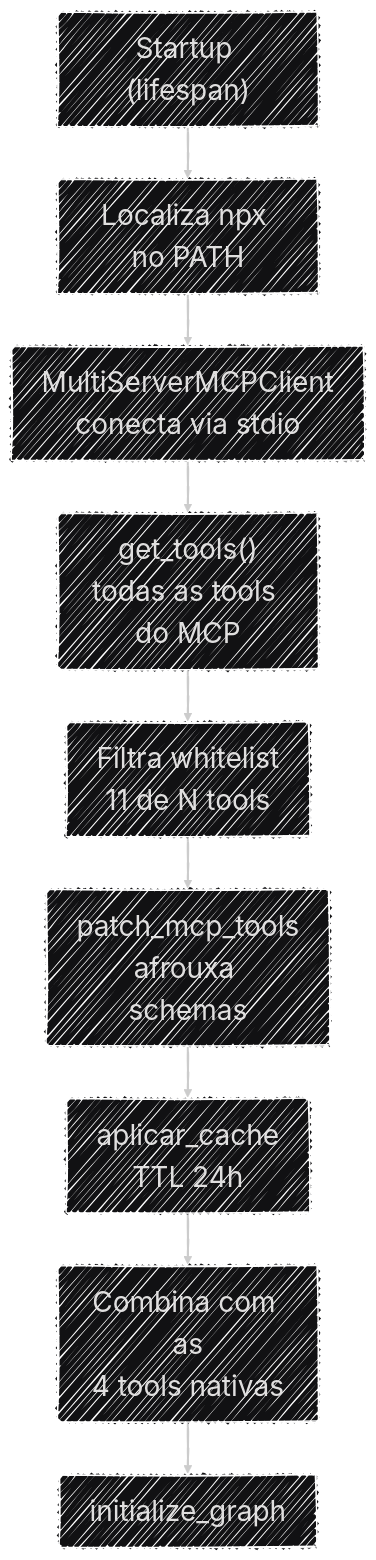
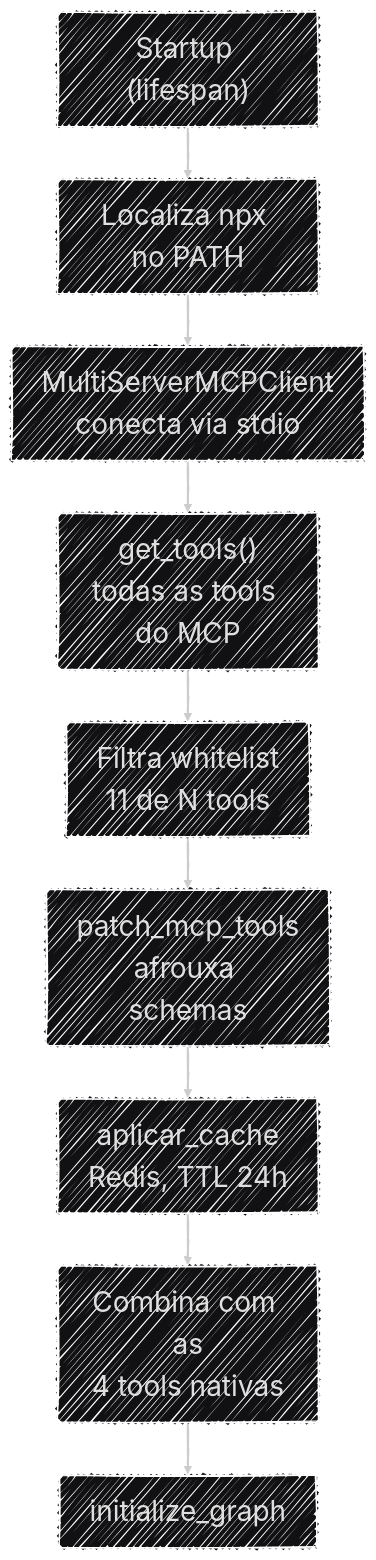
One commit to Moreira-89/auditor-cidadao changed the diagram in docs/arquitetura/protocolo_mcp.md. Above: the diagram before and after it, drawn with Mermaid. The commit also changed other lines of this file and 13 other files, not shown here.

First line of the commit message:
**Refatora os mecanismos de rate limiting e cache para utilizar Redis**

````diff
--- a/docs/arquitetura/protocolo_mcp.md
+++ b/docs/arquitetura/protocolo_mcp.md
@@ -27,21 +27,21 @@
 ```mermaid
 ---
 config:
   layout: dagre
   theme: redux-dark
   look: handDrawn
   fontFamily: '''Source Code Pro Variable'', monospace'
   themeVariables:
     fontFamily: '''Source Code Pro Variable'', monospace'
     fontSize: '28px'
 ---
 flowchart TB
     START["Startup (lifespan)"] --> NPX["Localiza npx no PATH"]
     NPX --> CONN["MultiServerMCPClient<br>conecta via stdio"]
     CONN --> GET["get_tools()<br>todas as tools do MCP"]
     GET --> FILTER["Filtra whitelist<br>11 de N tools"]
     FILTER --> PATCH["patch_mcp_tools<br>afrouxa schemas"]
-    PATCH --> CACHE["aplicar_cache<br>TTL 24h"]
+    PATCH --> CACHE["aplicar_cache<br>Redis, TTL 24h"]
     CACHE --> MERGE["Combina com as<br>4 tools nativas"]
     MERGE --> GRAFO["initialize_graph"]
 ```
````
